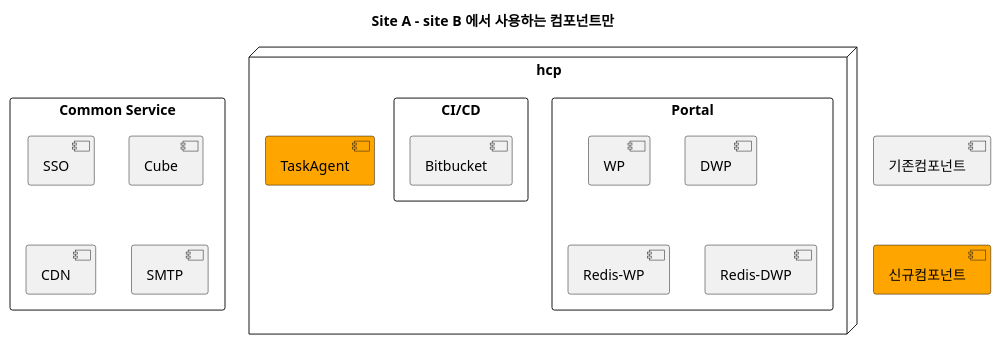
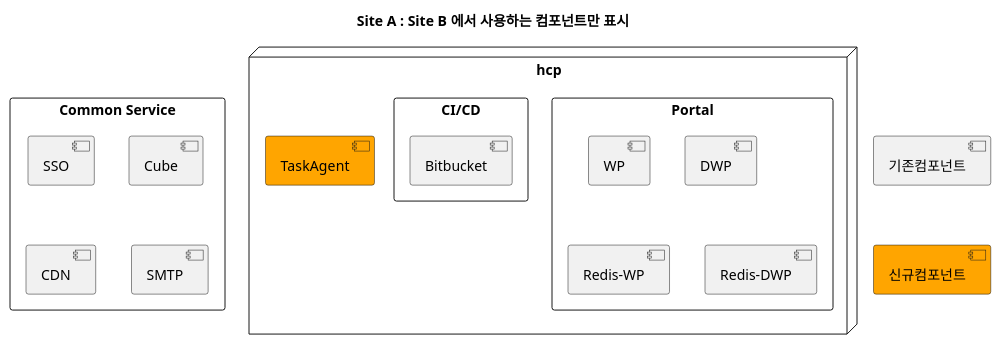
The first of 7 diagrams in docs/src/multi-cloud/diagram.md (kloudbank/htdp1.github.io), drawn with PlantUML before and after one commit. The commit also changed other lines of this file, not shown here.

```diff
--- a/docs/src/multi-cloud/diagram.md
+++ b/docs/src/multi-cloud/diagram.md
@@ -3,27 +3,27 @@
 @startuml
 
-title "Site A - site B 에서 사용하는 컴포넌트만"
+title "Site A : Site B 에서 사용하는 컴포넌트만 표시"
 
 [기존컴포넌트] as old
 [신규컴포넌트] as new #orange
 old -[hidden]d-> new
 
 rectangle "Common Service" as a_comm {
     [SSO] as a_comm_sso
     [Cube] as a_comm_cube
     [CDN] as a_comm_cnd
     [SMTP] as a_comm_smtp
 }
 node "hcp" as hcp {
     rectangle "Portal" as a_portal {
         [WP] as hcp_portal_wp
         [DWP] as hcp_portal_dwp
         [Redis-WP] as hcp_portal_rediswp
         [Redis-DWP] as hcp_portal_redisdwp
     }
     rectangle "CI/CD" as hcp_cicd {
         [Bitbucket] as hcp_cicd_bitbucket
     }
     [TaskAgent] as hcp_agent #orange
 }
 @enduml
```
